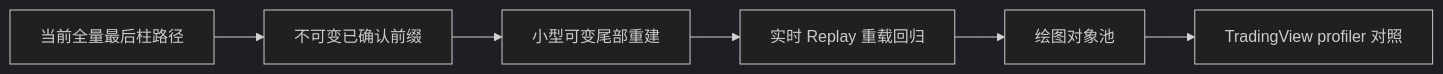
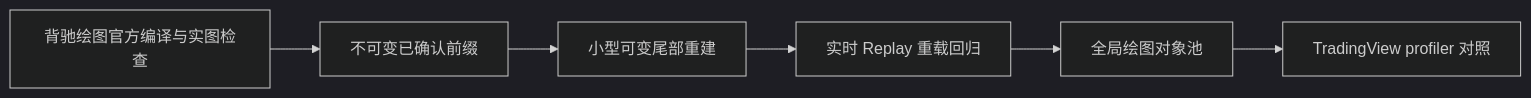
Before and after one commit to crossly/chanlun-for-tradingview: the diagram in brain/roadmap.md, drawn with Mermaid (dark theme). The commit also changed other lines of this file and 5 other files, not shown here.

````diff
--- a/brain/roadmap.md
+++ b/brain/roadmap.md
@@ -22,8 +23,8 @@
 ```mermaid
 graph LR
-  A[当前全量最后柱路径] --> B[不可变已确认前缀]
+  A[背驰绘图官方编译与实图检查] --> B[不可变已确认前缀]
   B --> C[小型可变尾部重建]
   C --> D[实时 Replay 重载回归]
-  D --> E[绘图对象池]
+  D --> E[全局绘图对象池]
   E --> F[TradingView profiler 对照]
 ```
````
